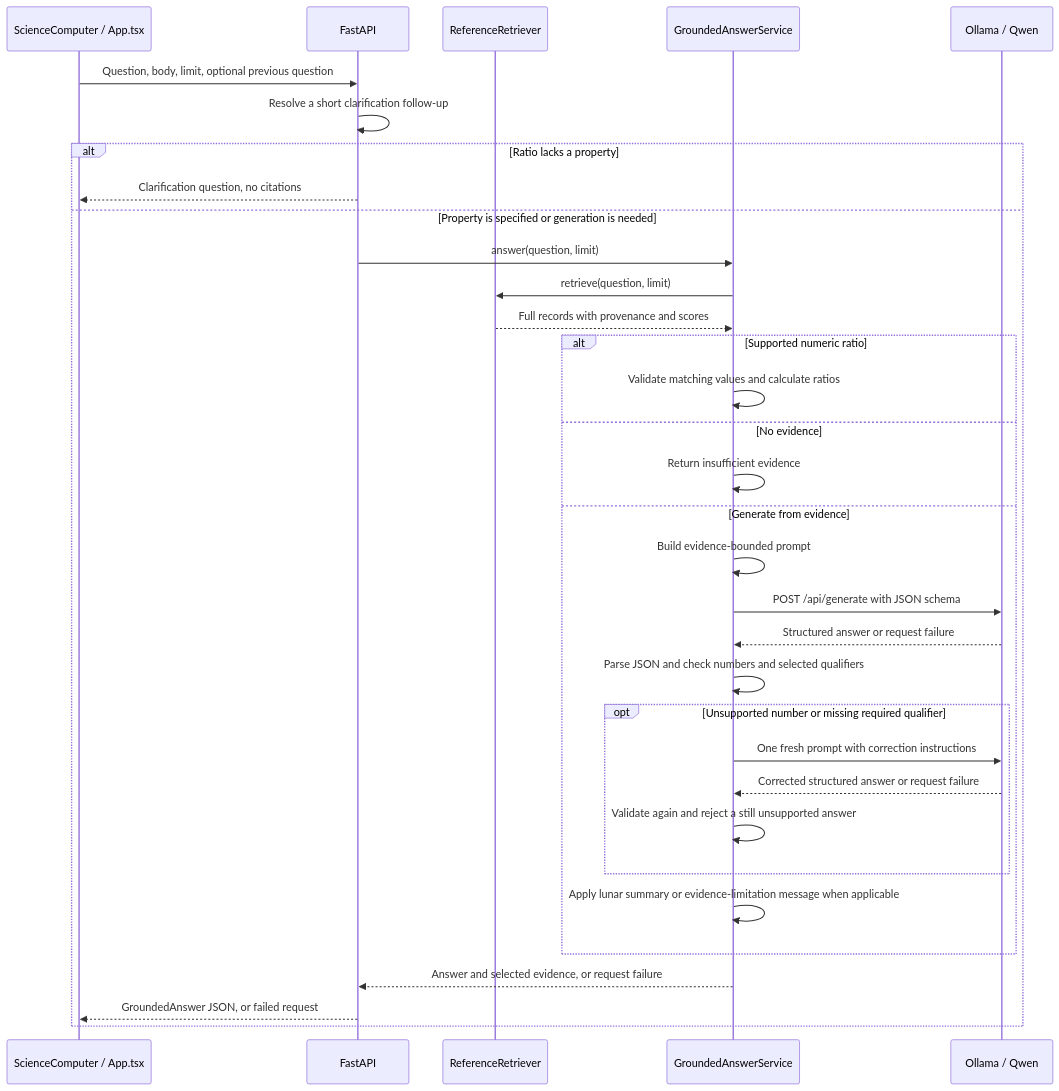
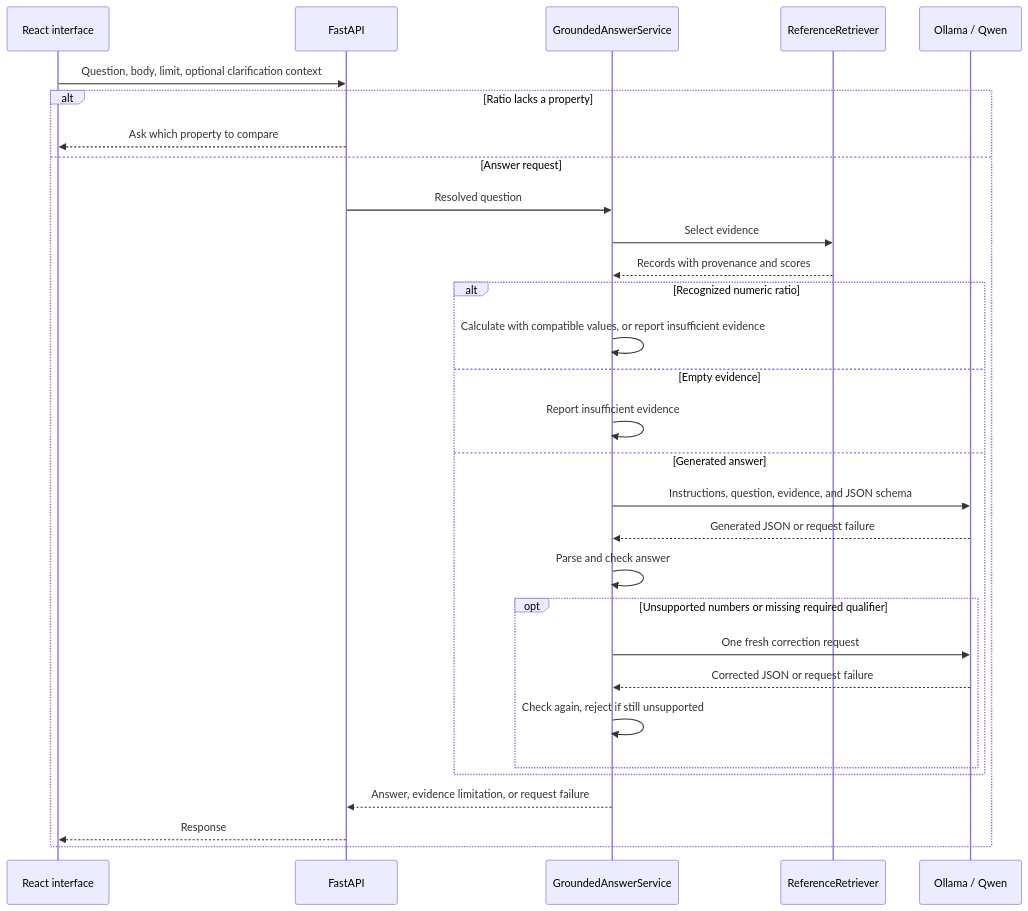
One commit to Kongstad/planetary-scanner changed the sixth of 6 diagrams in docs/ai-pipeline.md. Above: the diagram before and after it, drawn with Mermaid. The commit also changed other lines of this file, not shown here.

````diff
--- a/docs/ai-pipeline.md
+++ b/docs/ai-pipeline.md
@@ -372,35 +258,32 @@
 ```mermaid
 sequenceDiagram
-    participant Browser as ScienceComputer / App.tsx
+    participant Browser as React interface
     participant API as FastAPI
-    participant Retriever as ReferenceRetriever
     participant Service as GroundedAnswerService
-    participant Ollama as Ollama / Qwen
-    Browser->>API: Question, body, limit, optional previous question
-    API->>API: Resolve a short clarification follow-up
+    participant Retrieval as ReferenceRetriever
+    participant Qwen as Ollama / Qwen
+    Browser->>API: Question, body, limit, optional clarification context
     alt Ratio lacks a property
-        API-->>Browser: Clarification question, no citations
-    else Property is specified or generation is needed
-        API->>Service: answer(question, limit)
-        Service->>Retriever: retrieve(question, limit)
-        Retriever-->>Service: Full records with provenance and scores
-        alt Supported numeric ratio
-            Service->>Service: Validate matching values and calculate ratios
-        else No evidence
-            Service->>Service: Return insufficient evidence
-        else Generate from evidence
-            Service->>Service: Build evidence-bounded prompt
-            Service->>Ollama: POST /api/generate with JSON schema
-            Ollama-->>Service: Structured answer or request failure
-            Service->>Service: Parse JSON and check numbers and selected qualifiers
-            opt Unsupported number or missing required qualifier
-                Service->>Ollama: One fresh prompt with correction instructions
-                Ollama-->>Service: Corrected structured answer or request failure
-                Service->>Service: Validate again and reject a still unsupported answer
+        API-->>Browser: Ask which property to compare
+    else Answer request
+        API->>Service: Resolved question
+        Service->>Retrieval: Select evidence
+        Retrieval-->>Service: Records with provenance and scores
+        alt Recognized numeric ratio
+            Service->>Service: Calculate with compatible values, or report insufficient evidence
+        else Empty evidence
+            Service->>Service: Report insufficient evidence
+        else Generated answer
+            Service->>Qwen: Instructions, question, evidence, and JSON schema
+            Qwen-->>Service: Generated JSON or request failure
+            Service->>Service: Parse and check answer
+            opt Unsupported numbers or missing required qualifier
+                Service->>Qwen: One fresh correction request
+                Qwen-->>Service: Corrected JSON or request failure
+                Service->>Service: Check again, reject if still unsupported
             end
-            Service->>Service: Apply lunar summary or evidence-limitation message when applicable
         end
-        Service-->>API: Answer and selected evidence, or request failure
-        API-->>Browser: GroundedAnswer JSON, or failed request
+        Service-->>API: Answer, evidence limitation, or request failure
+        API-->>Browser: Response
     end
 ```
````
